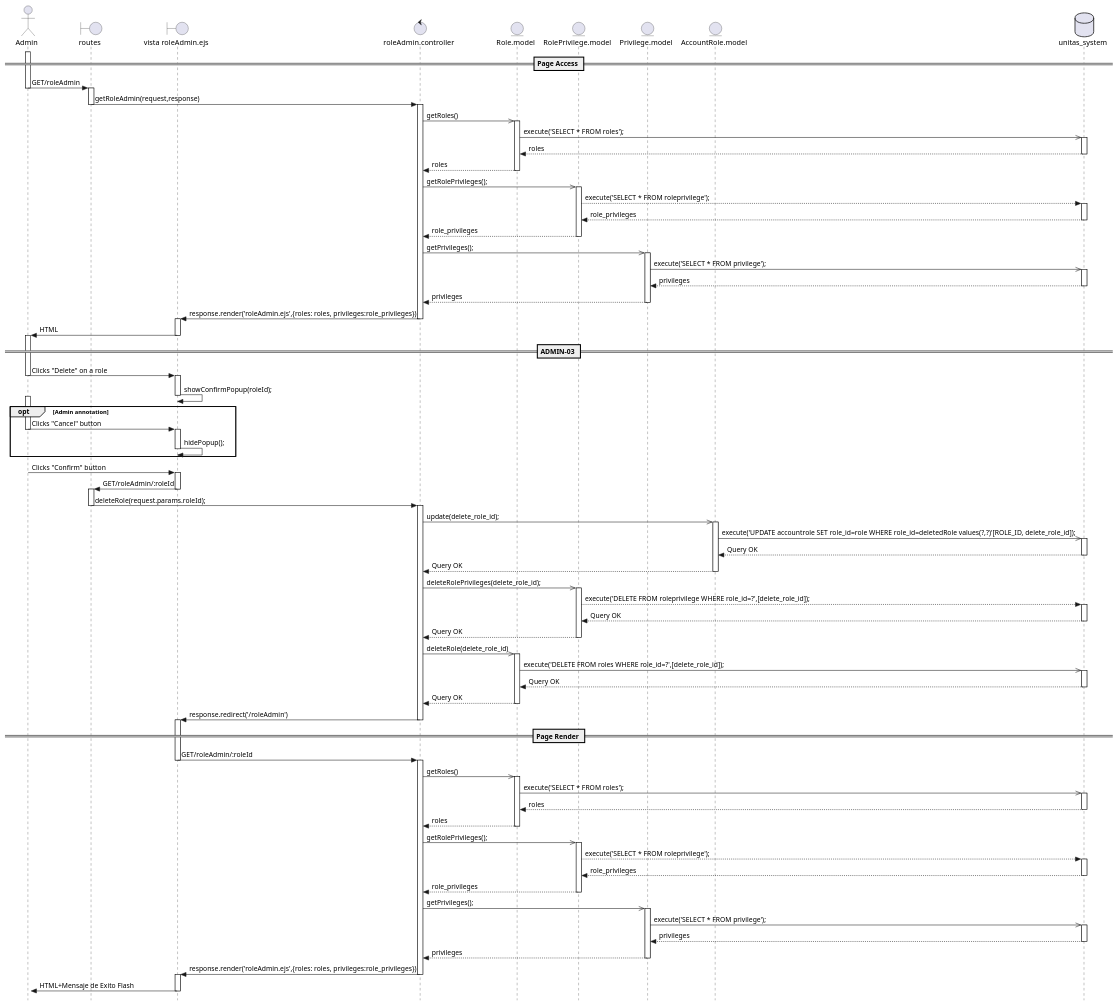
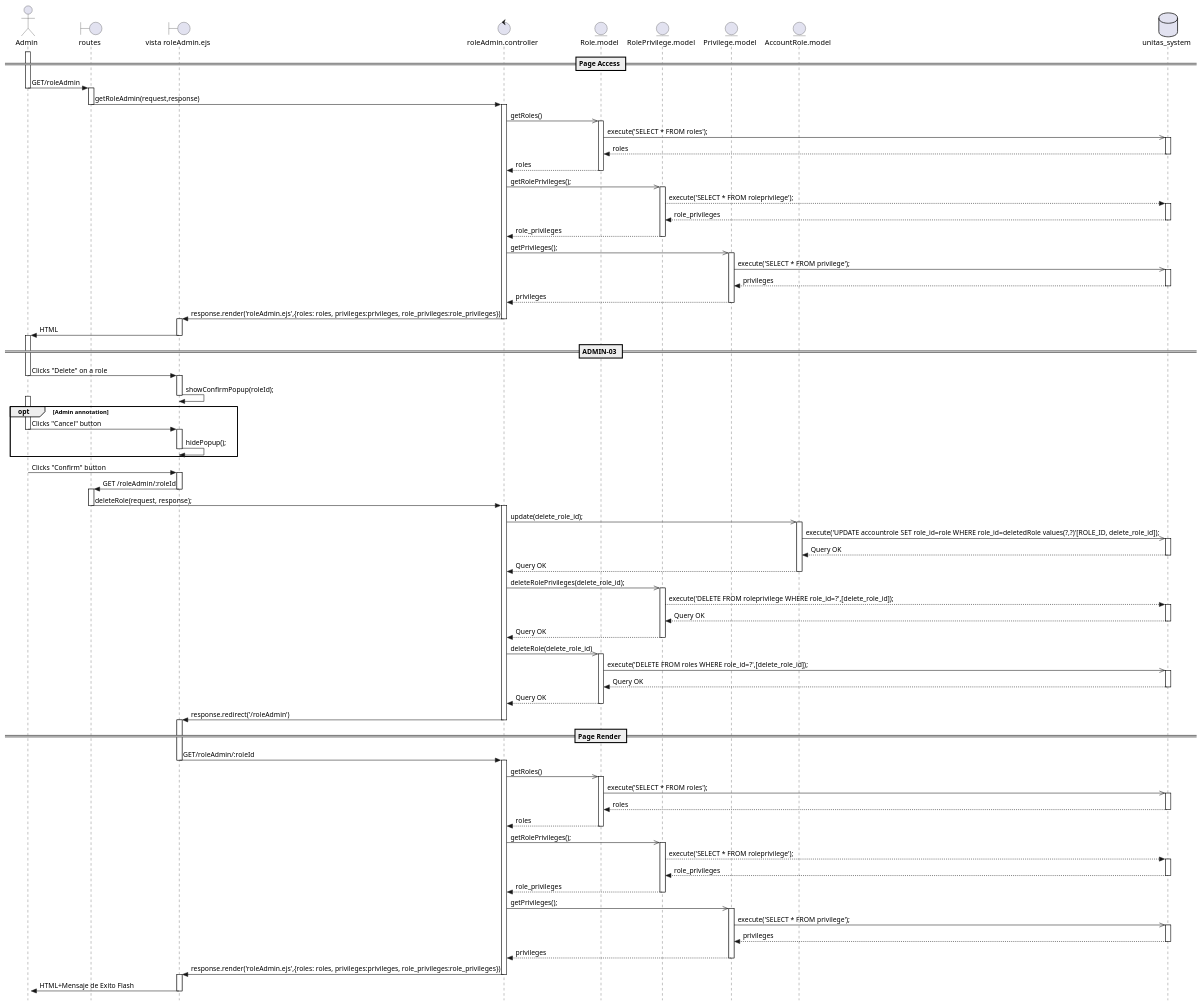
Before and after one commit to Berthou05/LimboSoftwareDevelopment_Change.org: the diagram in documentation/sequence_diagrams/ADMIN-03-SD.puml, drawn with PlantUML. The commit also changed 7 other files, not shown here.

```diff
--- a/documentation/sequence_diagrams/ADMIN-03-SD.puml
+++ b/documentation/sequence_diagrams/ADMIN-03-SD.puml
@@ -1,149 +1,148 @@
 @startuml
 skinparam style strictuml
 
 actor Admin as A   
 boundary "routes" as RO
 boundary "vista roleAdmin.ejs" as V
 control "roleAdmin.controller" as C
 entity "Role.model" as R
 entity "RolePrivilege.model" as RP
 entity "Privilege.model" as P
 entity "AccountRole.model" as AR
 database "unitas_system" as BD
 
 activate A
 == Page Access ==
 
 A -> RO:GET/roleAdmin
 deactivate A
     activate RO
     RO -> C:getRoleAdmin(request,response)
     deactivate RO
         activate C
         C ->> R:getRoles()
             activate R
             R->>BD:execute('SELECT * FROM roles');
                 activate BD
                 BD-->R:roles
                 deactivate BD
             R-->C:roles
             deactivate R
         C->>RP:getRolePrivileges();
             activate RP
             RP-->BD:execute('SELECT * FROM roleprivilege');
                 activate BD
                 BD-->RP:role_privileges
                 deactivate BD
             RP-->C:role_privileges
             deactivate RP
         C->>P:getPrivileges();
             activate P
             P->>BD:execute('SELECT * FROM privilege');
                 activate BD
                 BD-->P:privileges
                 deactivate BD
             P-->C:privileges
             deactivate P
-        C->V: response.render('roleAdmin.ejs',{roles: roles, privileges:role_privileges})
+            C->V: response.render('roleAdmin.ejs',{roles: roles, privileges:privileges, role_privileges:role_privileges})
         deactivate C
     activate V
     V->A:HTML
     deactivate V
 activate A
 == ADMIN-03 ==
 A->V:Clicks "Delete" on a role
 deactivate A
     activate V
     V->V:showConfirmPopup(roleId);
     deactivate V
 
 activate A
 opt Admin annotation
 A->V:Clicks "Cancel" button
 deactivate A
     activate V
     V->V:hidePopup();
     deactivate V
 end
 activate A
 
 A->V:Clicks "Confirm" button
 deactivate A
     activate V
-    V->RO: GET/roleAdmin/:roleId
+    V->RO: GET /roleAdmin/:roleId
     deactivate V
         activate RO
-        RO->C:deleteRole(request.params.roleId);
+        RO->C:deleteRole(request, response);
         deactivate RO
             activate C
-
                 C->>AR:update(delete_role_id);
                 activate AR    
                     AR->>BD:execute('UPDATE accountrole SET role_id=role WHERE role_id=deletedRole values(?,?)'[ROLE_ID, delete_role_id]);
                     activate BD
                     BD-->AR:Query OK
                     deactivate BD
                 AR-->C:Query OK
                 deactivate AR
 
                 C->>RP:deleteRolePrivileges(delete_role_id);
                     activate RP
                     RP-->BD:execute('DELETE FROM roleprivilege WHERE role_id=?',[delete_role_id]);
                         activate BD
                         BD-->RP:Query OK
                         deactivate BD
                     RP-->C:Query OK
                     deactivate RP
 
                 C ->> R:deleteRole(delete_role_id)
                     activate R
                     R->>BD:execute('DELETE FROM roles WHERE role_id=?',[delete_role_id]);
                         activate BD
                         BD-->R:Query OK
                         deactivate BD
                     R-->C:Query OK
                     deactivate R
                 C->V:response.redirect('/roleAdmin')
                 deactivate C
             activate V
             == Page Render ==
             V->C: GET/roleAdmin/:roleId
             deactivate V 
                 activate C 
                 
                 C ->> R:getRoles()
                     activate R
                     R->>BD:execute('SELECT * FROM roles');
                         activate BD
                         BD-->R:roles
                         deactivate BD
                     R-->C:roles
                     deactivate R
                 C->>RP:getRolePrivileges();
                     activate RP
                     RP-->BD:execute('SELECT * FROM roleprivilege');
                         activate BD
                         BD-->RP:role_privileges
                         deactivate BD
                     RP-->C:role_privileges
                     deactivate RP
                 C->>P:getPrivileges();
                     activate P
                     P->>BD:execute('SELECT * FROM privilege');
                         activate BD
                         BD-->P:privileges
                         deactivate BD
                     P-->C:privileges
                     deactivate P
-                C->V: response.render('roleAdmin.ejs',{roles: roles, privileges:role_privileges})
+                C->V: response.render('roleAdmin.ejs',{roles: roles, privileges:privileges, role_privileges:role_privileges})
                 deactivate C
             activate V
             V->A:HTML+Mensaje de Exito Flash
             deactivate V
 activate A
 
 
 
 
 
 @enduml
```
